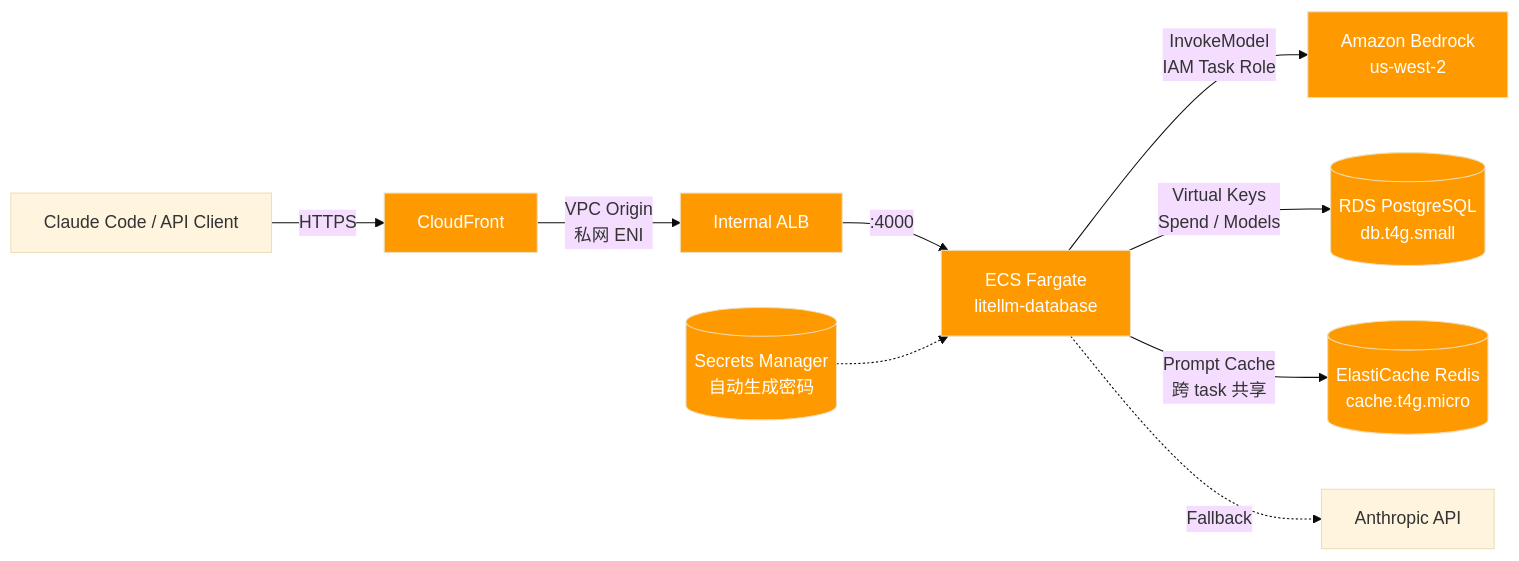
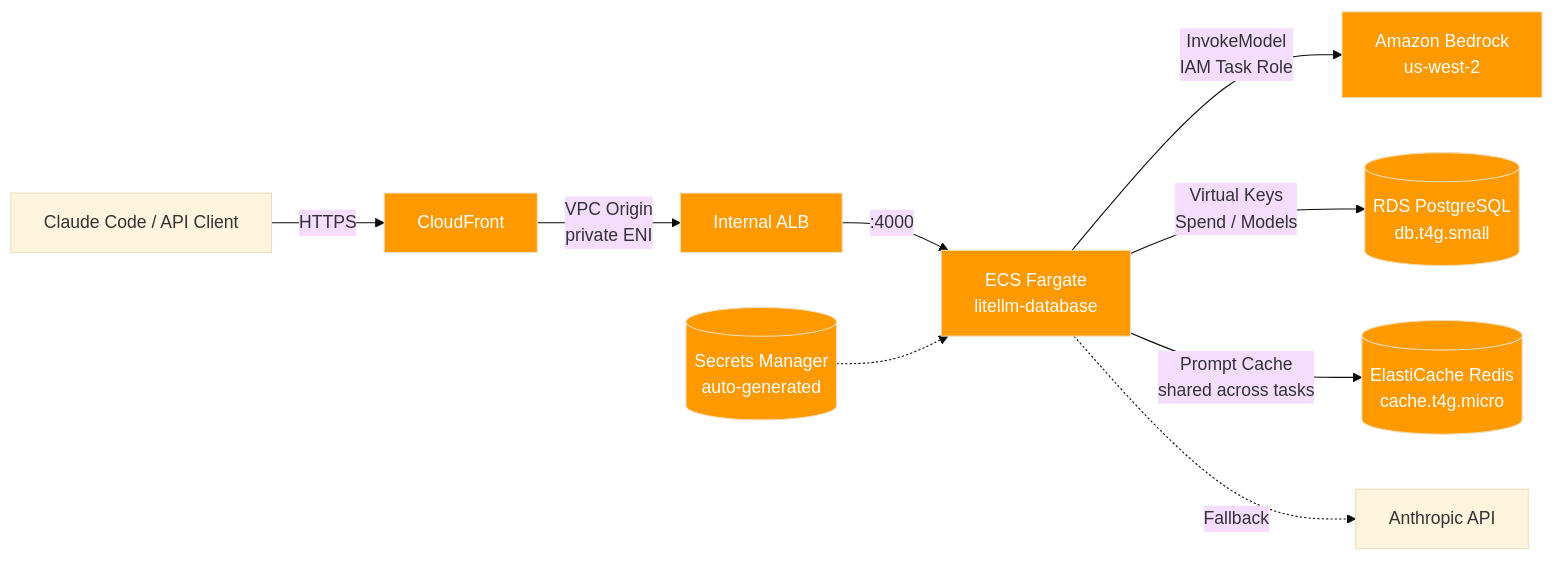
One commit to superyhee/litellm-bedrock-iac changed the diagram in README.md. Above: the diagram before and after it, drawn with Mermaid (base theme). The commit also changed other lines of this file and 6 other files, not shown here.

````diff
--- a/README.md
+++ b/README.md
@@ -7,14 +9,14 @@
 ```mermaid
 graph LR
     Dev[Claude Code / API Client] -->|HTTPS| CF[CloudFront]
-    CF -->|VPC Origin<br/>私网 ENI| ALB[Internal ALB]
+    CF -->|VPC Origin<br/>private ENI| ALB[Internal ALB]
     ALB -->|:4000| ECS[ECS Fargate<br/>litellm-database]
     ECS -->|InvokeModel<br/>IAM Task Role| BR[Amazon Bedrock<br/>us-west-2]
     ECS -->|Virtual Keys<br/>Spend / Models| RDS[(RDS PostgreSQL<br/>db.t4g.small)]
-    ECS -->|Prompt Cache<br/>跨 task 共享| Redis[(ElastiCache Redis<br/>cache.t4g.micro)]
+    ECS -->|Prompt Cache<br/>shared across tasks| Redis[(ElastiCache Redis<br/>cache.t4g.micro)]
     ECS -.->|Fallback| AN[Anthropic API]
-    SM[(Secrets Manager<br/>自动生成密码)] -.-> ECS
+    SM[(Secrets Manager<br/>auto-generated)] -.-> ECS
 
     classDef aws fill:#FF9900,color:#fff
     class CF,ALB,ECS,BR,SM,RDS,Redis aws
 ```
````
